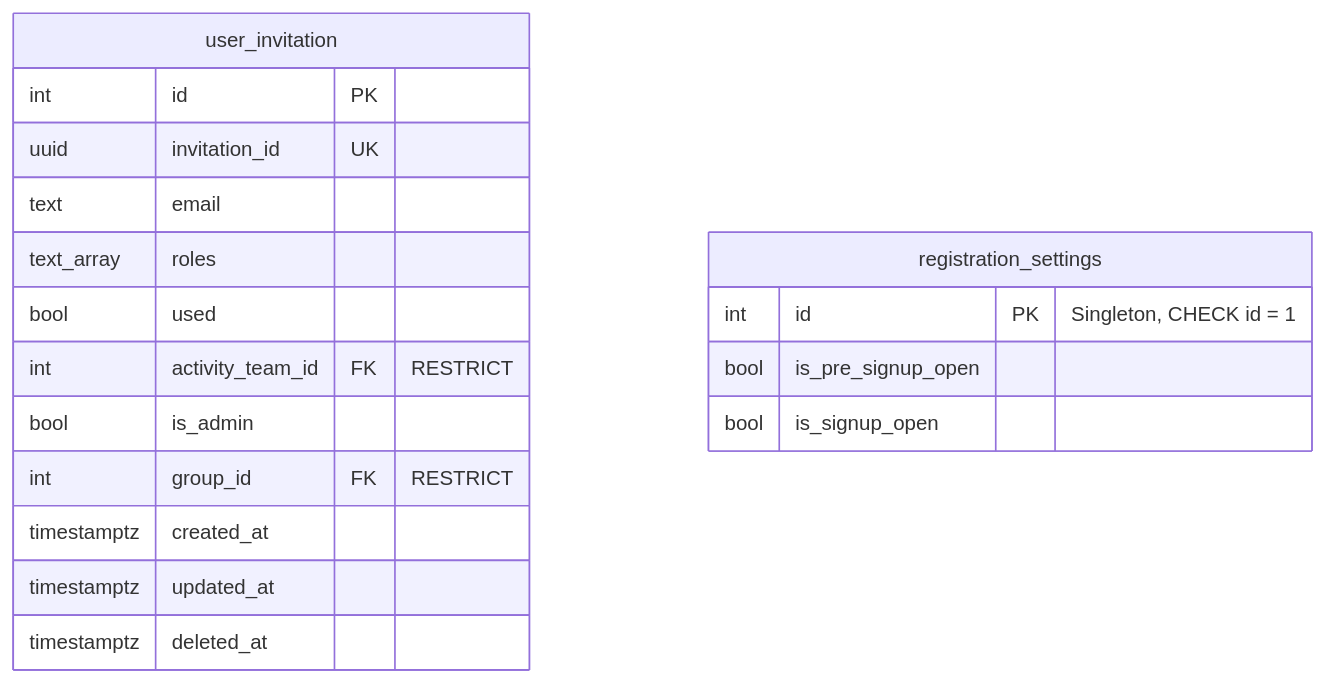
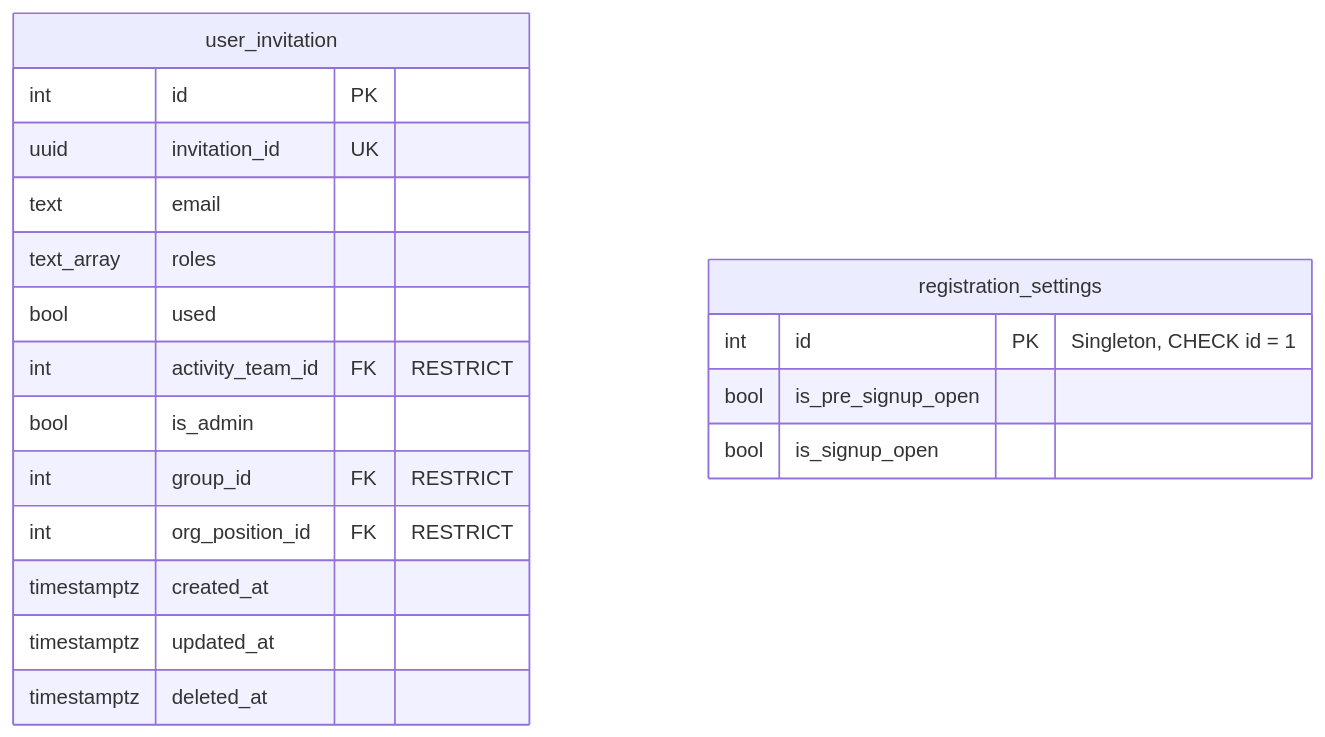
Before and after one commit to smallbenji/DS28-website: the third of 6 diagrams in docs/database.md, drawn with Mermaid. The commit also changed other lines of this file and 36 other files, not shown here.

First line of the commit message:
Tilføj organisationsdiagram, stillingsinvitationer og vis-som-rolle

````diff
--- a/docs/database.md
+++ b/docs/database.md
@@ -281,22 +281,23 @@
 ```mermaid
 erDiagram
     user_invitation {
         int id PK
         uuid invitation_id UK
         text email
         text_array roles
         bool used
         int activity_team_id FK "RESTRICT"
         bool is_admin
         int group_id FK "RESTRICT"
+        int org_position_id FK "RESTRICT"
         timestamptz created_at
         timestamptz updated_at
         timestamptz deleted_at
     }
 
     registration_settings {
         int id PK "Singleton, CHECK id = 1"
         bool is_pre_signup_open
         bool is_signup_open
     }
 ```
````
